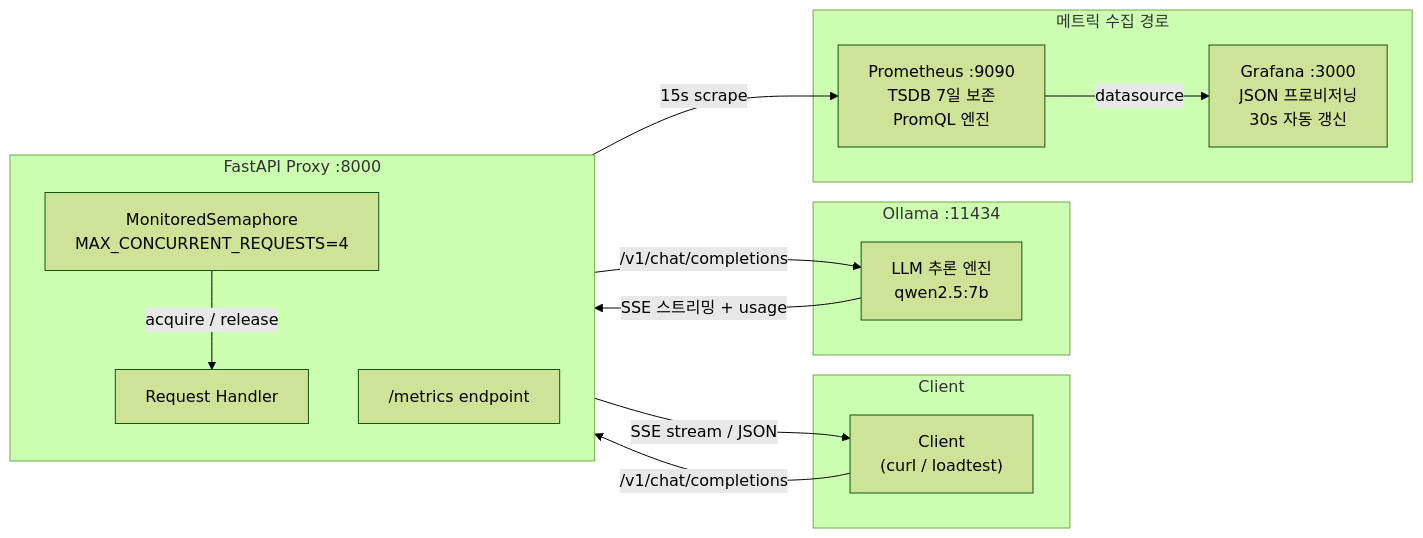
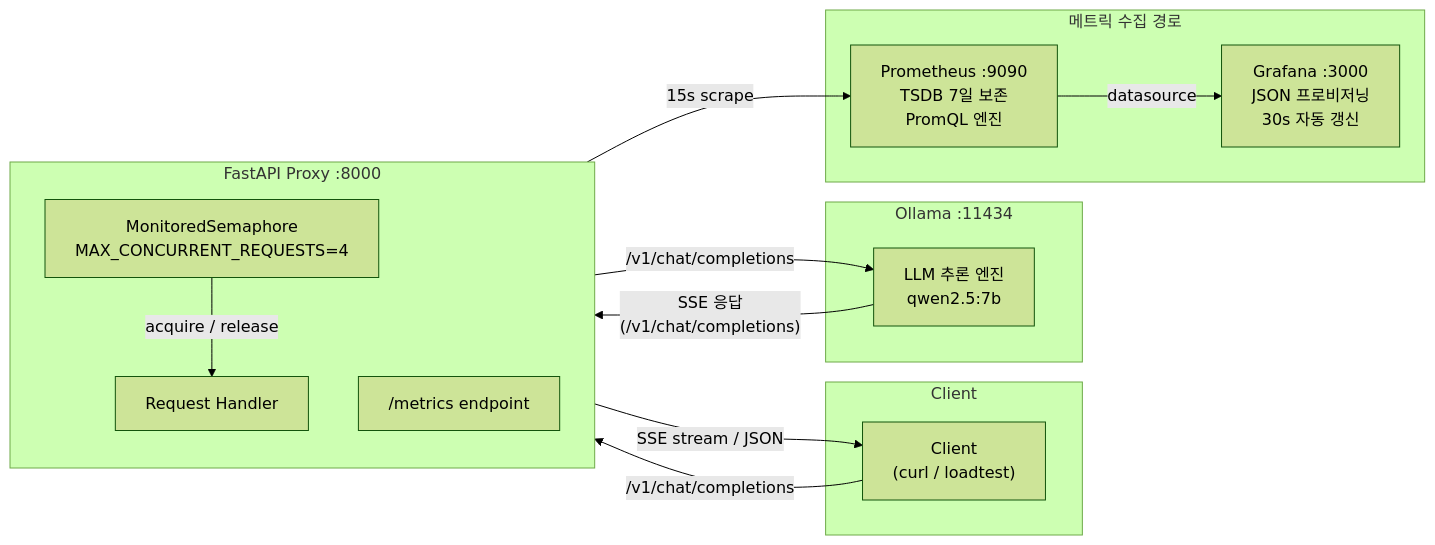
The diagram in docs/monitoring-guide.md (DvwN-Lee/obLLMa), drawn with Mermaid (forest theme) before and after one commit. The commit also changed other lines of this file and 6 other files, not shown here.

````diff
--- a/docs/monitoring-guide.md
+++ b/docs/monitoring-guide.md
@@ -26,31 +26,31 @@
 ```mermaid
 flowchart LR
     subgraph Client
         C["Client\n(curl / loadtest)"]
     end
 
     subgraph Proxy["FastAPI Proxy :8000"]
         direction TB
         SEM["MonitoredSemaphore\nMAX_CONCURRENT_REQUESTS=4"]
         HANDLER["Request Handler"]
         METRICS_EP["/metrics endpoint"]
         SEM -->|acquire / release| HANDLER
     end
 
     subgraph Ollama["Ollama :11434"]
         LLM["LLM 추론 엔진\nqwen2.5:7b"]
     end
 
     subgraph Monitoring["메트릭 수집 경로"]
         PROM["Prometheus :9090\nTSDB 7일 보존\nPromQL 엔진"]
         GRAF["Grafana :3000\nJSON 프로비저닝\n30s 자동 갱신"]
     end
 
     C -- "/v1/chat/completions" --> SEM
     HANDLER -- "SSE stream / JSON" --> C
     HANDLER -- "/v1/chat/completions" --> LLM
-    LLM -- "SSE 스트리밍 + usage" --> HANDLER
+    LLM -- "SSE 응답\n(/v1/chat/completions)" --> HANDLER
 
     METRICS_EP -- "15s scrape" --> PROM
     PROM -- "datasource" --> GRAF
 ```
````
